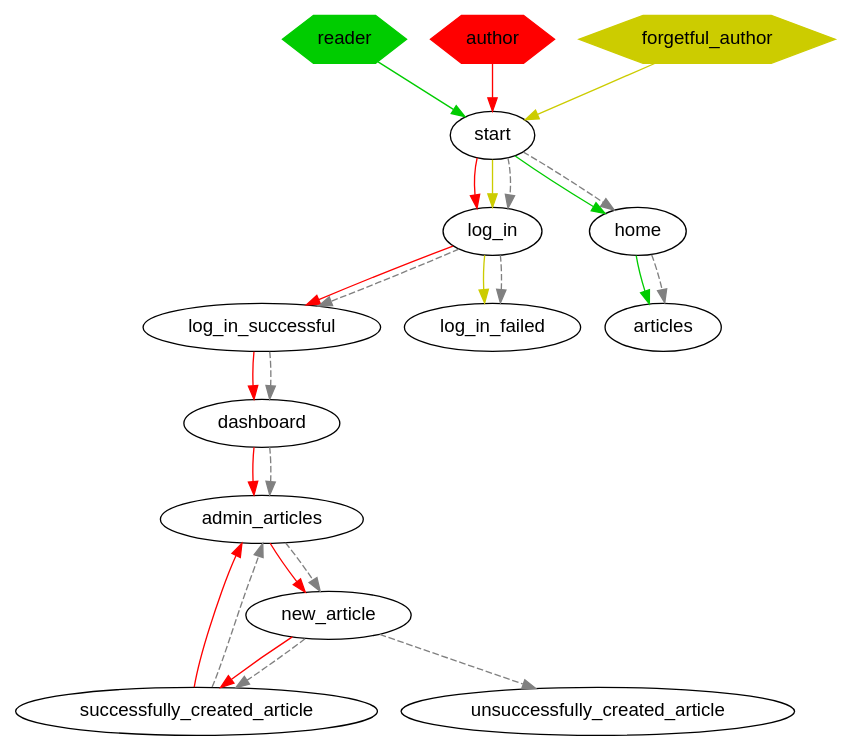
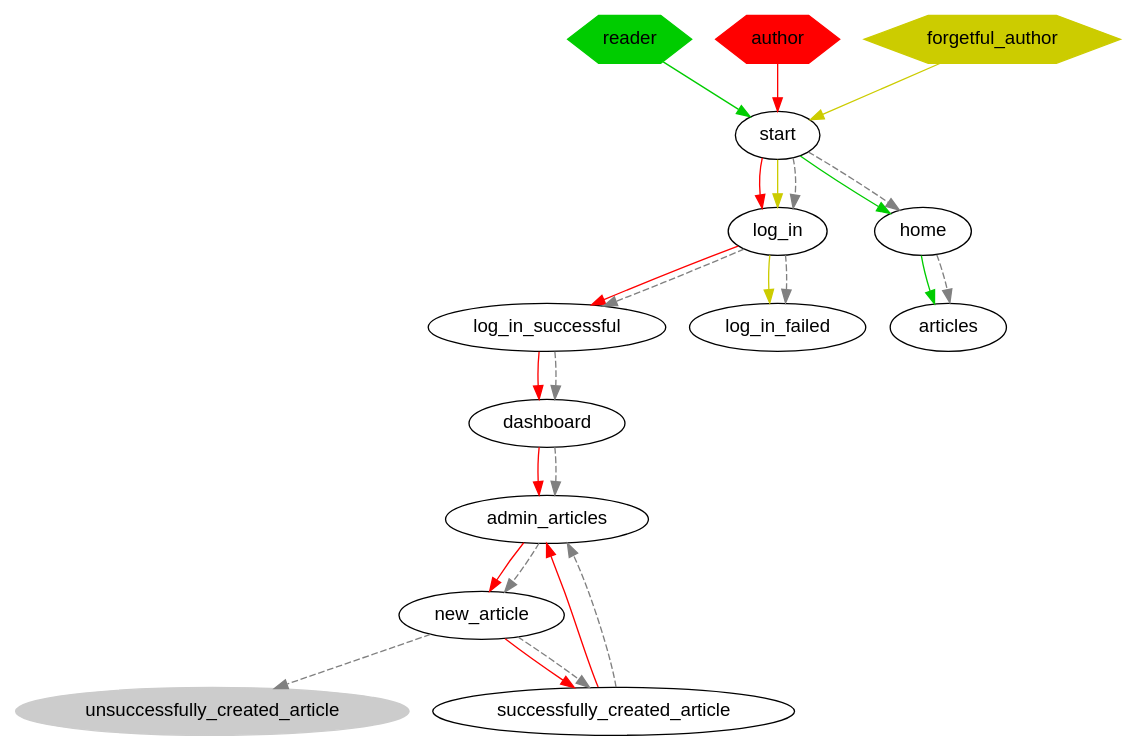
Before and after one commit to yeungda/tourist: the diagram in reports/coverage.gv, drawn with Graphviz. The commit also changed 7 other files, not shown here.

```diff
--- a/reports/coverage.gv
+++ b/reports/coverage.gv
@@ -1,32 +1,35 @@
 digraph G {
   graph [center=true rankdir=TB]
   node  [fontname=Helvetica]
   { node [shape=hexagon style=filled color="#00cc00"]
     reader
   }
   { node [shape=hexagon style=filled color="#ff0000"]
     author
   }
   { node [shape=hexagon style=filled color="#cccc00"]
     forgetful_author
+  }
+  { node [style=filled color="#cccccc"]
+    unsuccessfully_created_article
   }
   { edge [color="#ff0000"]
     author -> start -> log_in -> log_in_successful -> dashboard -> admin_articles -> new_article -> successfully_created_article -> admin_articles
   }
   { edge [color="#00cc00"]
     reader -> start -> home -> articles
   }
   { edge [color="#cccc00"]
     forgetful_author -> start -> log_in -> log_in_failed
   }
   { edge [style=dashed color=grey]
     start -> log_in
       log_in -> {log_in_successful, log_in_failed} 
     log_in_successful-> dashboard -> admin_articles -> new_article 
       new_article -> {successfully_created_article, unsuccessfully_created_article } 
     successfully_created_article -> admin_articles 
   }
   { edge [style=dashed color=grey]
     start -> home -> articles
   }
 }
```
